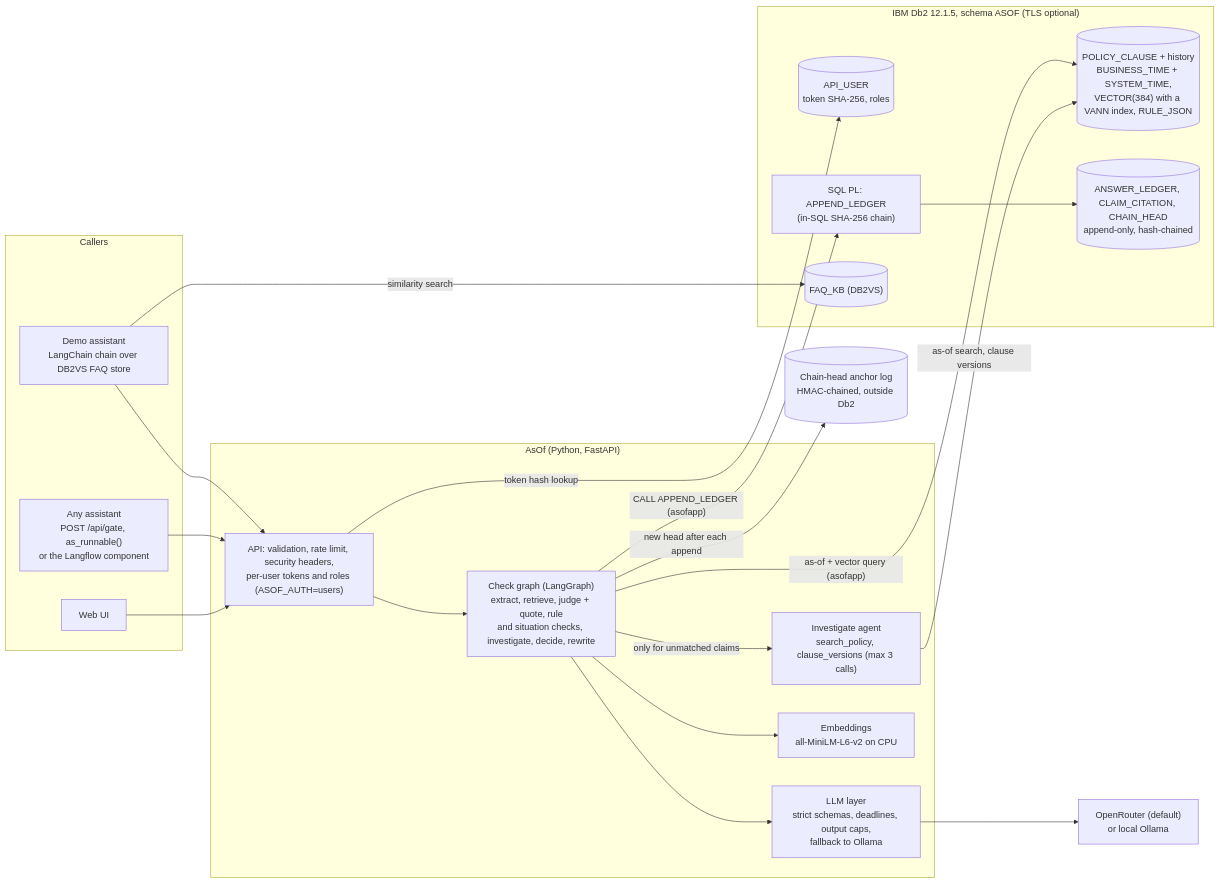
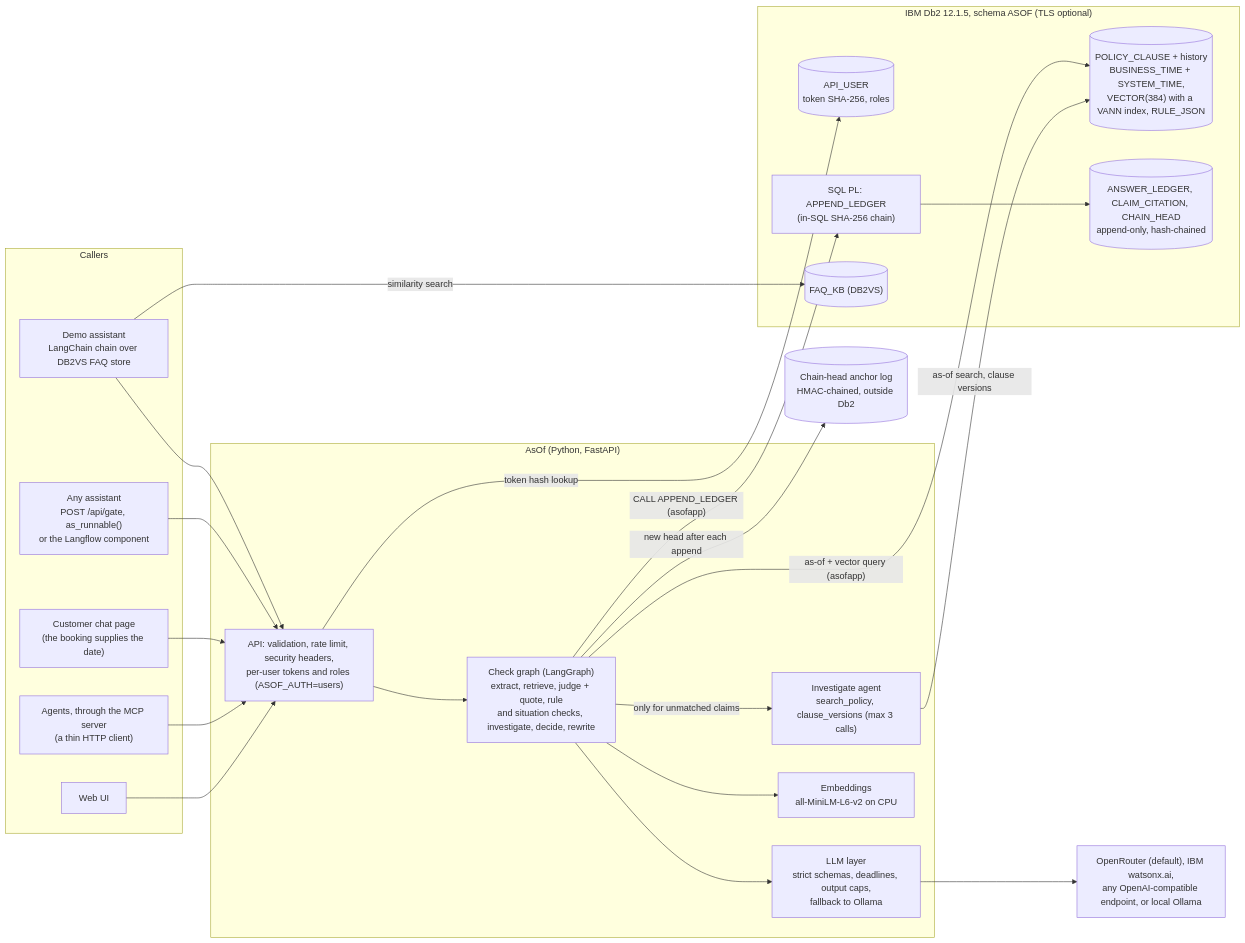
The first of 4 diagrams in submissions/asof/architecture.md (KunalGolaIBM/IBM_Db2_TechX_Project_Submission), drawn with Mermaid before and after one commit. The commit also changed other lines of this file and 1 other file, not shown here.

First line of the commit message:
docs(asof): add intake, watsonx.ai, the chat page and MCP to architecture.md

````diff
--- a/submissions/asof/architecture.md
+++ b/submissions/asof/architecture.md
@@ -17,41 +19,45 @@
 ```mermaid
 flowchart LR
     subgraph Callers
         BOT["Demo assistant<br/>LangChain chain over DB2VS FAQ store"]
         APP["Any assistant<br/>POST /api/gate, as_runnable()<br/>or the Langflow component"]
+        CHAT["Customer chat page<br/>(the booking supplies the date)"]
+        MCP["Agents, through the MCP server<br/>(a thin HTTP client)"]
         UI["Web UI"]
     end
 
     subgraph AsOf["AsOf (Python, FastAPI)"]
         API["API: validation, rate limit, security headers,<br/>per-user tokens and roles (ASOF_AUTH=users)"]
         GATE["Check graph (LangGraph)<br/>extract, retrieve, judge + quote, rule<br/>and situation checks, investigate, decide, rewrite"]
         AGENT["Investigate agent<br/>search_policy, clause_versions (max 3 calls)"]
         LLM["LLM layer<br/>strict schemas, deadlines, output caps,<br/>fallback to Ollama"]
         EMB["Embeddings<br/>all-MiniLM-L6-v2 on CPU"]
     end
 
-    PROVIDER["OpenRouter (default)<br/>or local Ollama"]
+    PROVIDER["OpenRouter (default), IBM watsonx.ai,<br/>any OpenAI-compatible endpoint, or local Ollama"]
     ANCHOR[("Chain-head anchor log<br/>HMAC-chained, outside Db2")]
 
     subgraph DB2["IBM Db2 12.1.5, schema ASOF (TLS optional)"]
         USERS[("API_USER<br/>token SHA-256, roles")]
         PC[("POLICY_CLAUSE + history<br/>BUSINESS_TIME + SYSTEM_TIME,<br/>VECTOR(384) with a VANN index, RULE_JSON")]
         PROCS["SQL PL: APPEND_LEDGER<br/>(in-SQL SHA-256 chain)"]
         LED[("ANSWER_LEDGER, CLAIM_CITATION, CHAIN_HEAD<br/>append-only, hash-chained")]
         FAQ[("FAQ_KB (DB2VS)")]
     end
 
     BOT --> API
     APP --> API
+    CHAT --> API
+    MCP --> API
     UI --> API
     API -- "token hash lookup" --> USERS
     API --> GATE
     GATE --> LLM --> PROVIDER
     GATE --> EMB
     GATE -- "as-of + vector query (asofapp)" --> PC
     GATE -- "only for unmatched claims" --> AGENT
     AGENT -- "as-of search, clause versions" --> PC
     GATE -- "CALL APPEND_LEDGER (asofapp)" --> PROCS --> LED
     GATE -- "new head after each append" --> ANCHOR
     BOT -- "similarity search" --> FAQ
 ```
````
